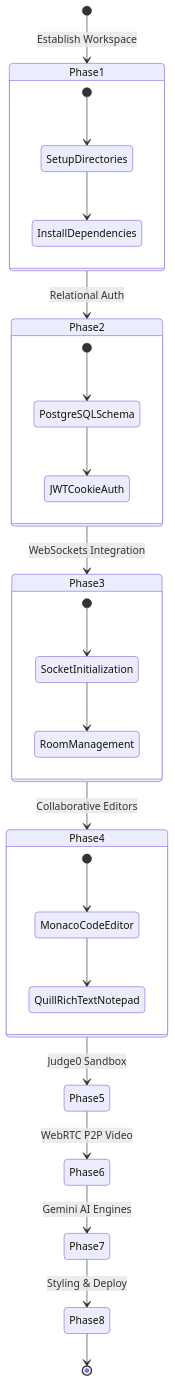
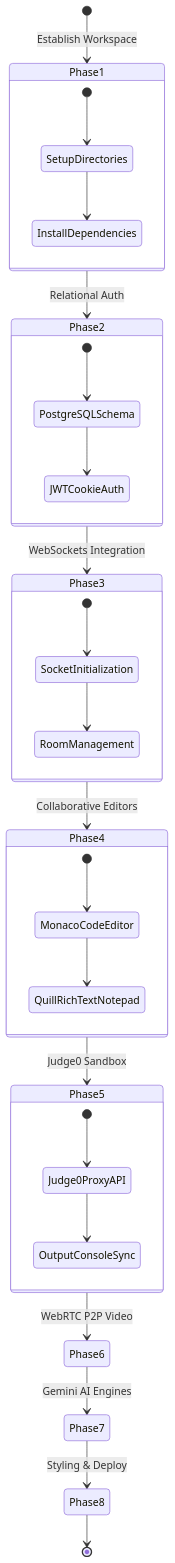
Before and after one commit to Vikal-Dubey/PeerPrep: the second of 2 diagrams in README.md, drawn with Mermaid. The commit also changed other lines of this file, not shown here.

````diff
--- a/README.md
+++ b/README.md
@@ -209,34 +213,39 @@
 ```mermaid
 stateDiagram-v2
     [*] --> Phase1: Establish Workspace
     Phase1 --> Phase2: Relational Auth
     Phase2 --> Phase3: WebSockets Integration
     Phase3 --> Phase4: Collaborative Editors
     Phase4 --> Phase5: Judge0 Sandbox
     Phase5 --> Phase6: WebRTC P2P Video
     Phase6 --> Phase7: Gemini AI Engines
     Phase7 --> Phase8: Styling & Deploy
     Phase8 --> [*]
 
     state Phase1 {
         [*] --> SetupDirectories
         SetupDirectories --> InstallDependencies
     }
     state Phase2 {
         [*] --> PostgreSQLSchema
         PostgreSQLSchema --> JWTCookieAuth
     }
     state Phase3 {
         [*] --> SocketInitialization
         SocketInitialization --> RoomManagement
     }
     state Phase4 {
         [*] --> MonacoCodeEditor
         MonacoCodeEditor --> QuillRichTextNotepad
     }
+    state Phase5 {
+        [*] --> Judge0ProxyAPI
+        Judge0ProxyAPI --> OutputConsoleSync
+    }
 
     style Phase1 fill:#10b981,color:#fff
     style Phase2 fill:#10b981,color:#fff
     style Phase3 fill:#10b981,color:#fff
     style Phase4 fill:#10b981,color:#fff
+    style Phase5 fill:#10b981,color:#fff
 ```
````
